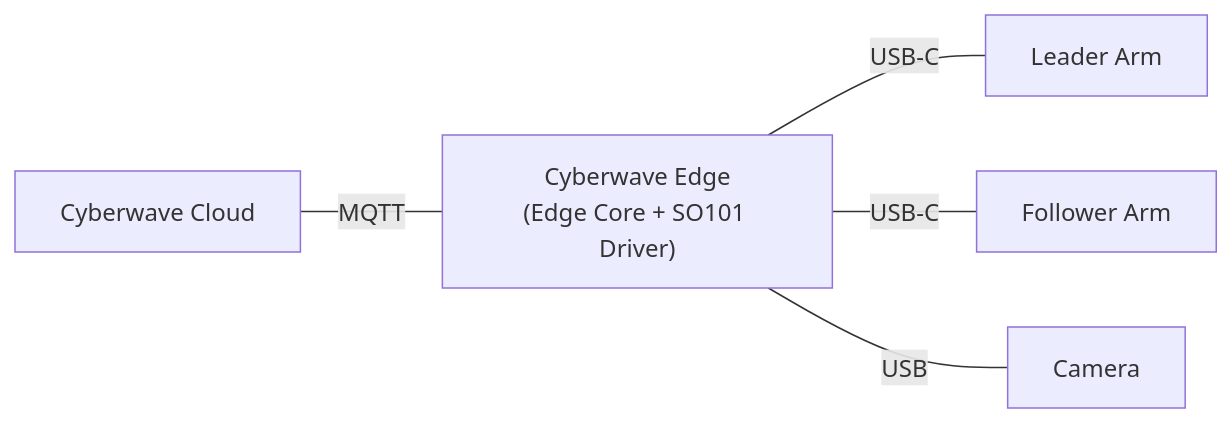
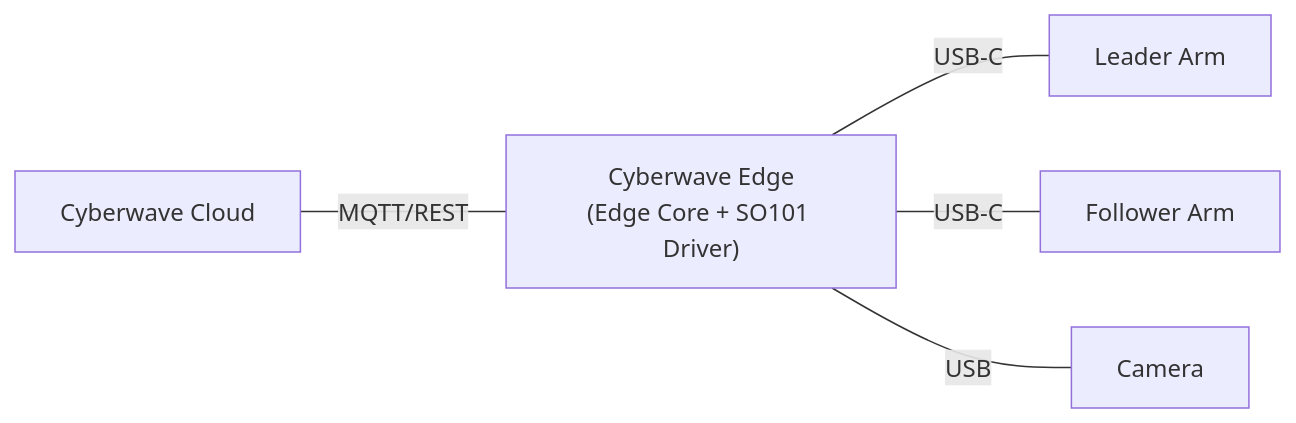
The third of 4 diagrams in get-started/starter-kit-builders.mdx (cyberwave-os/docs-mintlify), drawn with Mermaid before and after one commit. The commit also changed other lines of this file, not shown here.

````diff
--- a/get-started/starter-kit-builders.mdx
+++ b/get-started/starter-kit-builders.mdx
@@ -245,7 +245,7 @@
 ```mermaid
 graph LR
-    CW["Cyberwave Cloud"] ---|"MQTT"| EDGE["Cyberwave Edge\n(Edge Core + SO101 Driver)"]
+    CW["Cyberwave Cloud"] ---|"MQTT/REST"| EDGE["Cyberwave Edge\n(Edge Core + SO101 Driver)"]
     EDGE ---|"USB-C"| LA["Leader Arm"]
     EDGE ---|"USB-C"| FA["Follower Arm"]
     EDGE ---|"USB"| CAM["Camera"]
 ```
````
